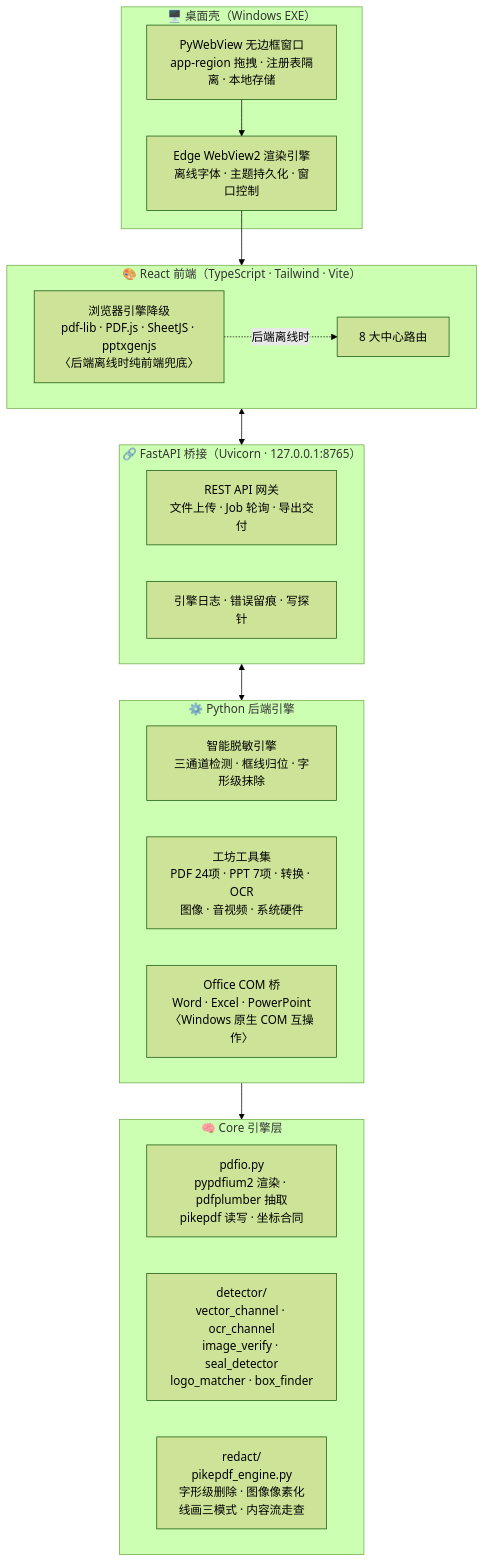
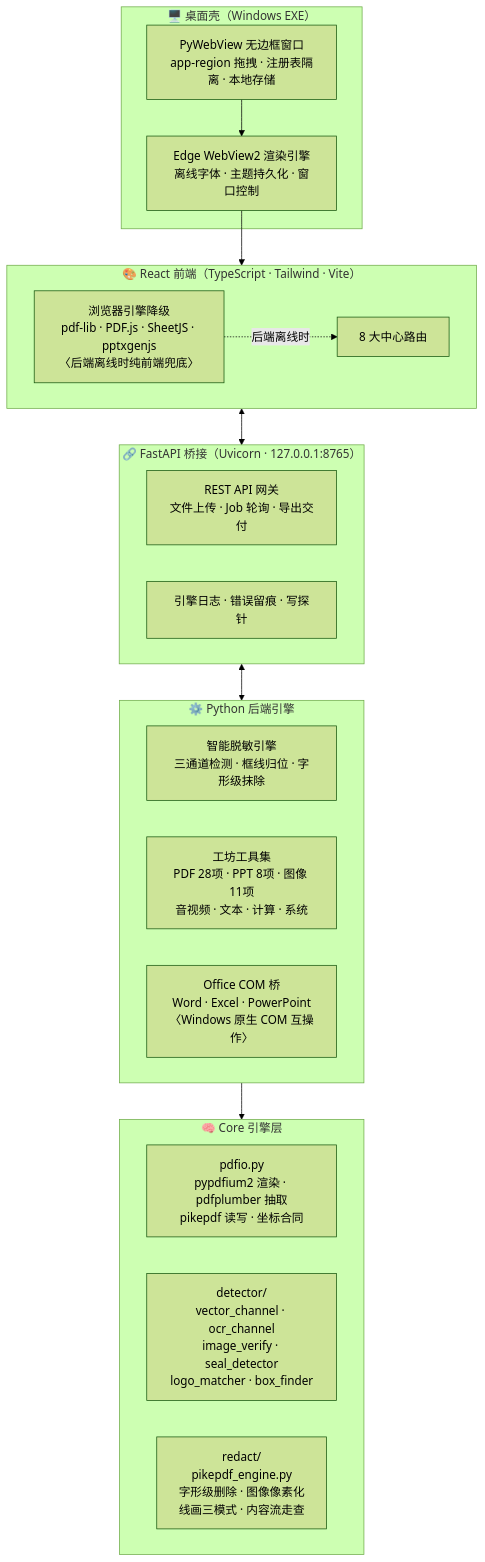
Before and after one commit to zonlic0925-boop/ZonKey: the diagram in README.md, drawn with Mermaid (forest theme). The commit also changed other lines of this file and 9 other files, not shown here.

Commit message:
docs: 仓库主页 README 升级 — 新增最新发布 v2.2.0 区块与界面一览实拍图墙（assets/readme 9 张官方宣传轮截图轻量 JPEG）、Release/网页版动态徽章；8 大中心能力表按导航注册表真源校准（PDF 28/PPT 8/图像 11/音视频 7/文本 9/计算 15/系统 9，含二维码与证件照等此前缺失项）；架构图 Tools 行数字同步；新增更新历史表（v2.2.0/v2.1.0/v2.0.1）

````diff
--- a/README.md
+++ b/README.md
@@ -35,39 +74,39 @@
 ```mermaid
 flowchart TB
   subgraph Desktop["🖥️ 桌面壳（Windows EXE）"]
     Shell["PyWebView 无边框窗口<br/>app-region 拖拽 · 注册表隔离 · 本地存储"]
     WebView["Edge WebView2 渲染引擎<br/>离线字体 · 主题持久化 · 窗口控制"]
   end
 
   subgraph Frontend["🎨 React 前端（TypeScript · Tailwind · Vite）"]
     direction LR
     UI["8 大中心路由"]
     BrowserEngine["浏览器引擎降级<br/>pdf-lib · PDF.js · SheetJS · pptxgenjs<br/>〈后端离线时纯前端兜底〉"]
   end
 
   subgraph Bridge["🔗 FastAPI 桥接（Uvicorn · 127.0.0.1:8765）"]
     API["REST API 网关<br/>文件上传 · Job 轮询 · 导出交付"]
     BridgeLog["引擎日志 · 错误留痕 · 写探针"]
   end
 
   subgraph Backend["⚙️ Python 后端引擎"]
     direction LR
     Redact["智能脱敏引擎<br/>三通道检测 · 框线归位 · 字形级抹除"]
-    Tools["工坊工具集<br/>PDF 24项 · PPT 7项 · 转换 · OCR<br/>图像 · 音视频 · 系统硬件"]
+    Tools["工坊工具集<br/>PDF 28项 · PPT 8项 · 图像 11项<br/>音视频 · 文本 · 计算 · 系统"]
     Office["Office COM 桥<br/>Word · Excel · PowerPoint<br/>〈Windows 原生 COM 互操作〉"]
   end
 
   subgraph Core["🧠 Core 引擎层"]
     direction LR
     PdfIO["pdfio.py<br/>pypdfium2 渲染 · pdfplumber 抽取<br/>pikepdf 读写 · 坐标合同"]
     Detector["detector/<br/>vector_channel · ocr_channel<br/>image_verify · seal_detector<br/>logo_matcher · box_finder"]
     RedactEngine["redact/<br/>pikepdf_engine.py<br/>字形级删除 · 图像像素化<br/>线画三模式 · 内容流走查"]
   end
 
   Shell --> WebView
   WebView --> Frontend
   Frontend <--> Bridge
   Bridge <--> Backend
   Backend --> Core
   BrowserEngine -.->|"后端离线时"| UI
 ```
````
